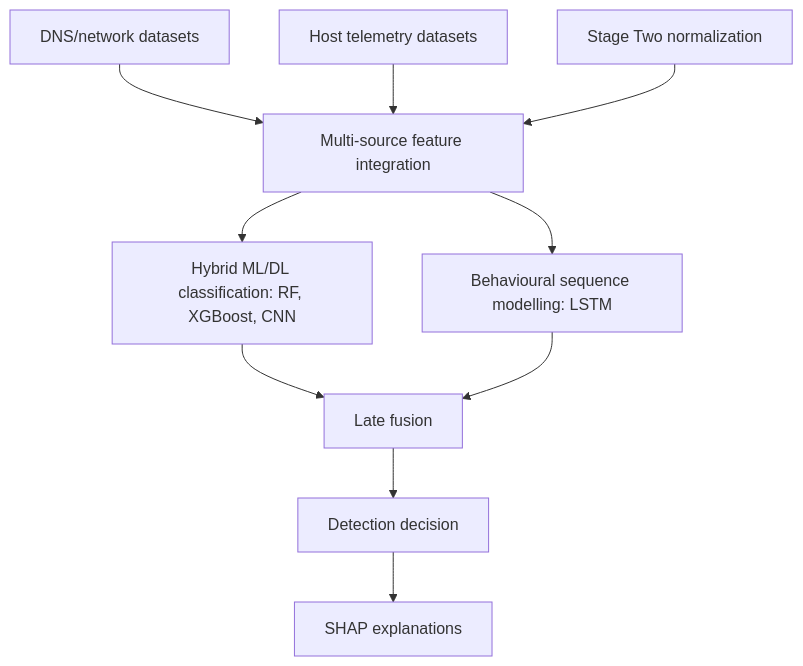
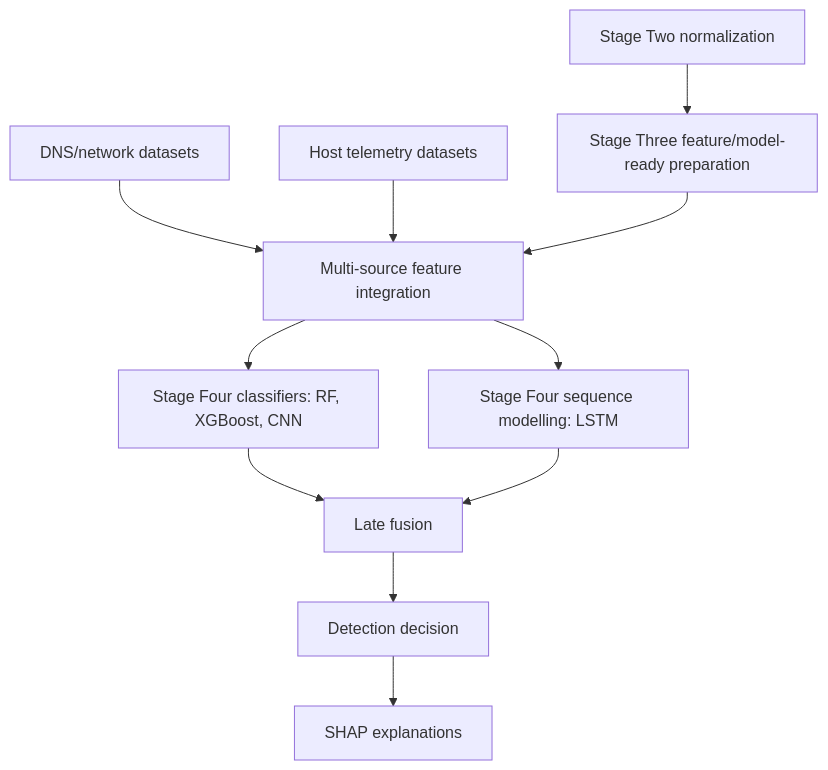
One commit to icppoduction-rgb/Proposal changed the diagram in docs/en/project_overview_and_research_context.md. Above: the diagram before and after it, drawn with Mermaid. The commit also changed other lines of this file and 22 other files, not shown here.

````diff
--- a/docs/en/project_overview_and_research_context.md
+++ b/docs/en/project_overview_and_research_context.md
@@ -28,12 +28,13 @@
 ```mermaid
 flowchart TD
     A["DNS/network datasets"] --> D["Multi-source feature integration"]
     B["Host telemetry datasets"] --> D
-    C["Stage Two normalization"] --> D
-    D --> E["Hybrid ML/DL classification: RF, XGBoost, CNN"]
-    D --> F["Behavioural sequence modelling: LSTM"]
+    C["Stage Two normalization"] --> S3["Stage Three feature/model-ready preparation"]
+    S3 --> D["Multi-source feature integration"]
+    D --> E["Stage Four classifiers: RF, XGBoost, CNN"]
+    D --> F["Stage Four sequence modelling: LSTM"]
     E --> G["Late fusion"]
     F --> G
     G --> H["Detection decision"]
     H --> I["SHAP explanations"]
 ```
````
